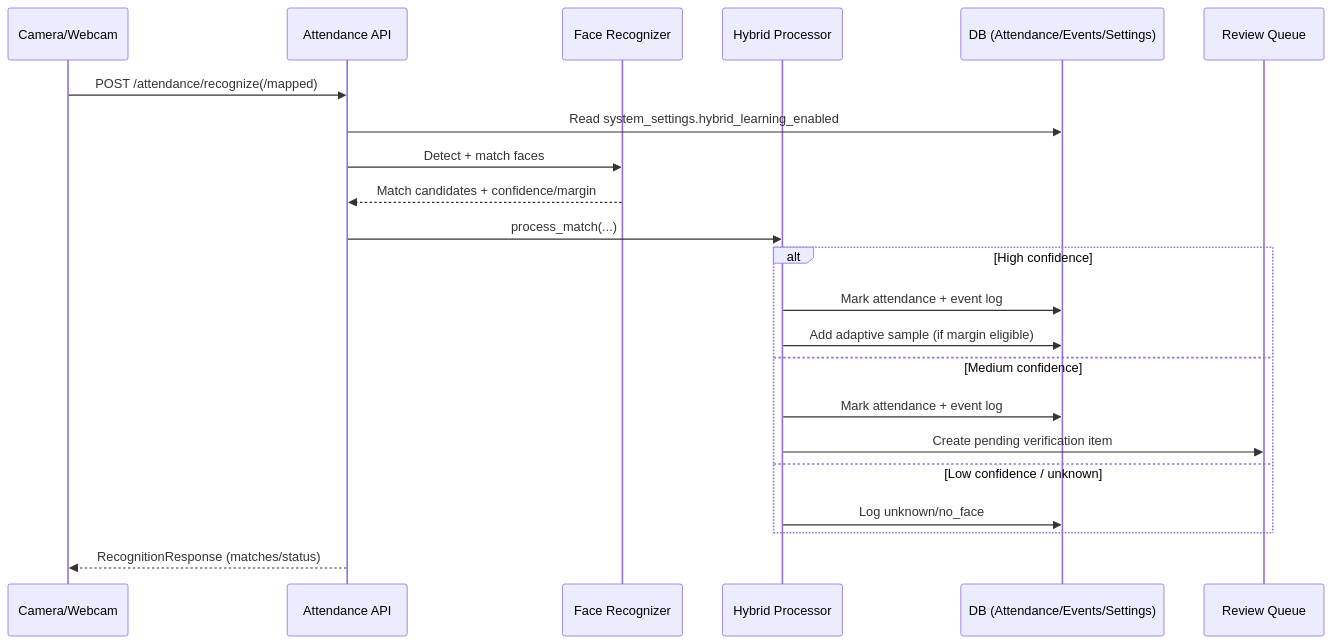
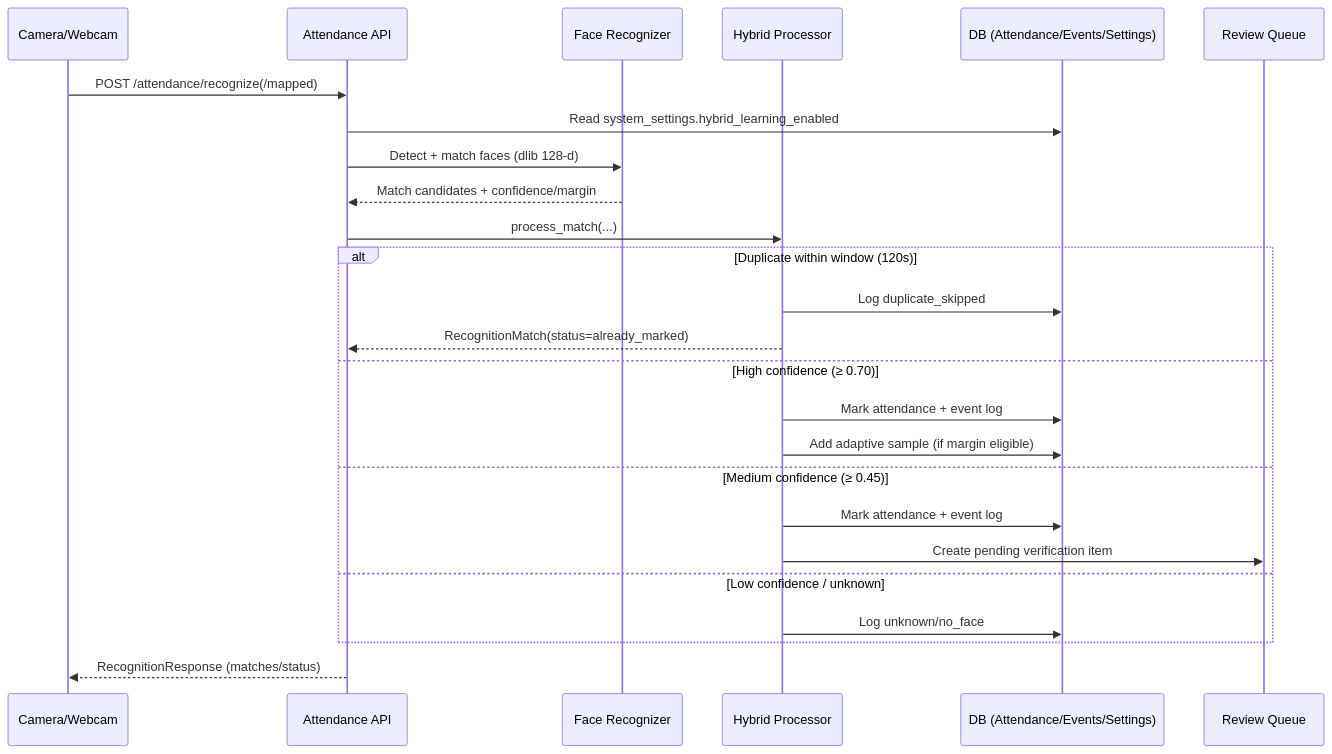
The diagram in README.md (Edgetech20/AI-School-Management), drawn with Mermaid before and after one commit. The commit also changed other lines of this file and 31 other files, not shown here.

First line of the commit message:
Fix face recognition pipeline and update project structure

````diff
--- a/README.md
+++ b/README.md
@@ -140,25 +118,28 @@
 ```mermaid
 sequenceDiagram
-	participant Cam as Camera/Webcam
-	participant API as Attendance API
-	participant Rec as Face Recognizer
-	participant Hybrid as Hybrid Processor
-	participant DB as DB (Attendance/Events/Settings)
-	participant Review as Review Queue
+    participant Cam as Camera/Webcam
+    participant API as Attendance API
+    participant Rec as Face Recognizer
+    participant Hybrid as Hybrid Processor
+    participant DB as DB (Attendance/Events/Settings)
+    participant Review as Review Queue
 
-	Cam->>API: POST /attendance/recognize(/mapped)
-	API->>DB: Read system_settings.hybrid_learning_enabled
-	API->>Rec: Detect + match faces
-	Rec-->>API: Match candidates + confidence/margin
-	API->>Hybrid: process_match(...)
-	alt High confidence
-		Hybrid->>DB: Mark attendance + event log
-		Hybrid->>DB: Add adaptive sample (if margin eligible)
-	else Medium confidence
-		Hybrid->>DB: Mark attendance + event log
-		Hybrid->>Review: Create pending verification item
-	else Low confidence / unknown
-		Hybrid->>DB: Log unknown/no_face
-	end
-	API-->>Cam: RecognitionResponse (matches/status)
+    Cam->>API: POST /attendance/recognize(/mapped)
+    API->>DB: Read system_settings.hybrid_learning_enabled
+    API->>Rec: Detect + match faces (dlib 128-d)
+    Rec-->>API: Match candidates + confidence/margin
+    API->>Hybrid: process_match(...)
+    alt Duplicate within window (120s)
+        Hybrid->>DB: Log duplicate_skipped
+        Hybrid-->>API: RecognitionMatch(status=already_marked)
+    else High confidence (≥ 0.70)
+        Hybrid->>DB: Mark attendance + event log
+        Hybrid->>DB: Add adaptive sample (if margin eligible)
+    else Medium confidence (≥ 0.45)
+        Hybrid->>DB: Mark attendance + event log
+        Hybrid->>Review: Create pending verification item
+    else Low confidence / unknown
+        Hybrid->>DB: Log unknown/no_face
+    end
+    API-->>Cam: RecognitionResponse (matches/status)
 ```
````
